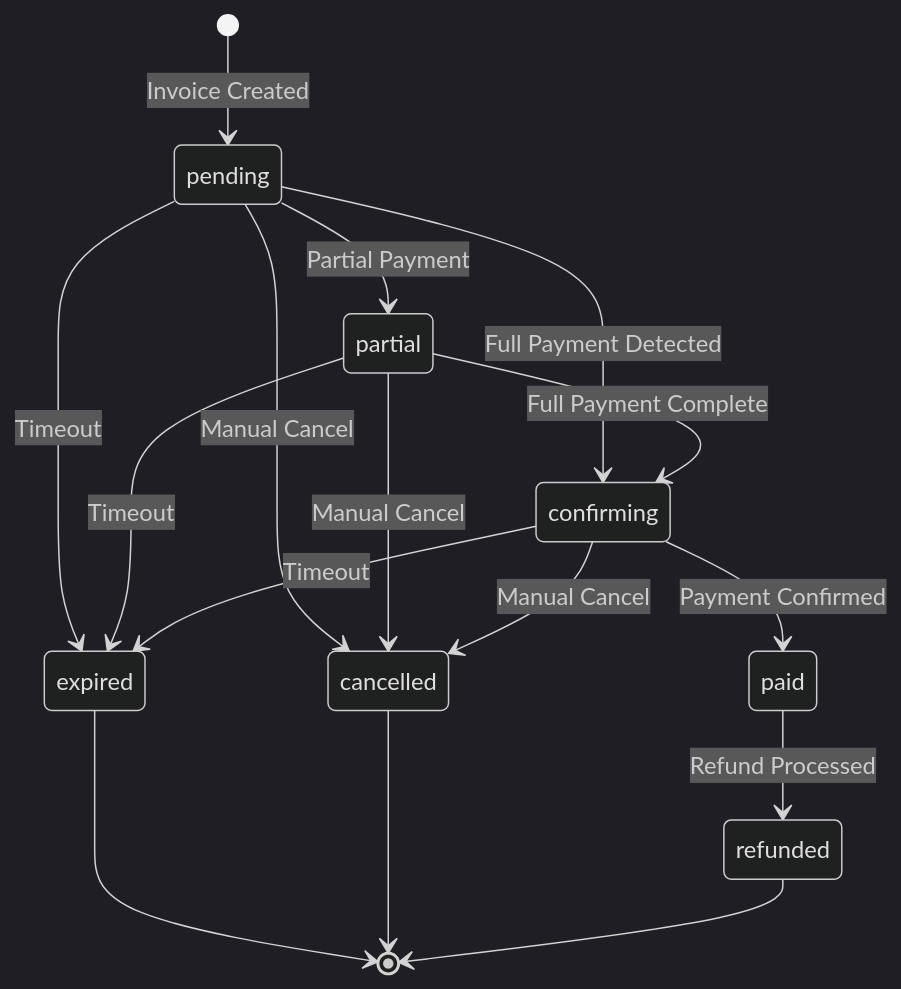
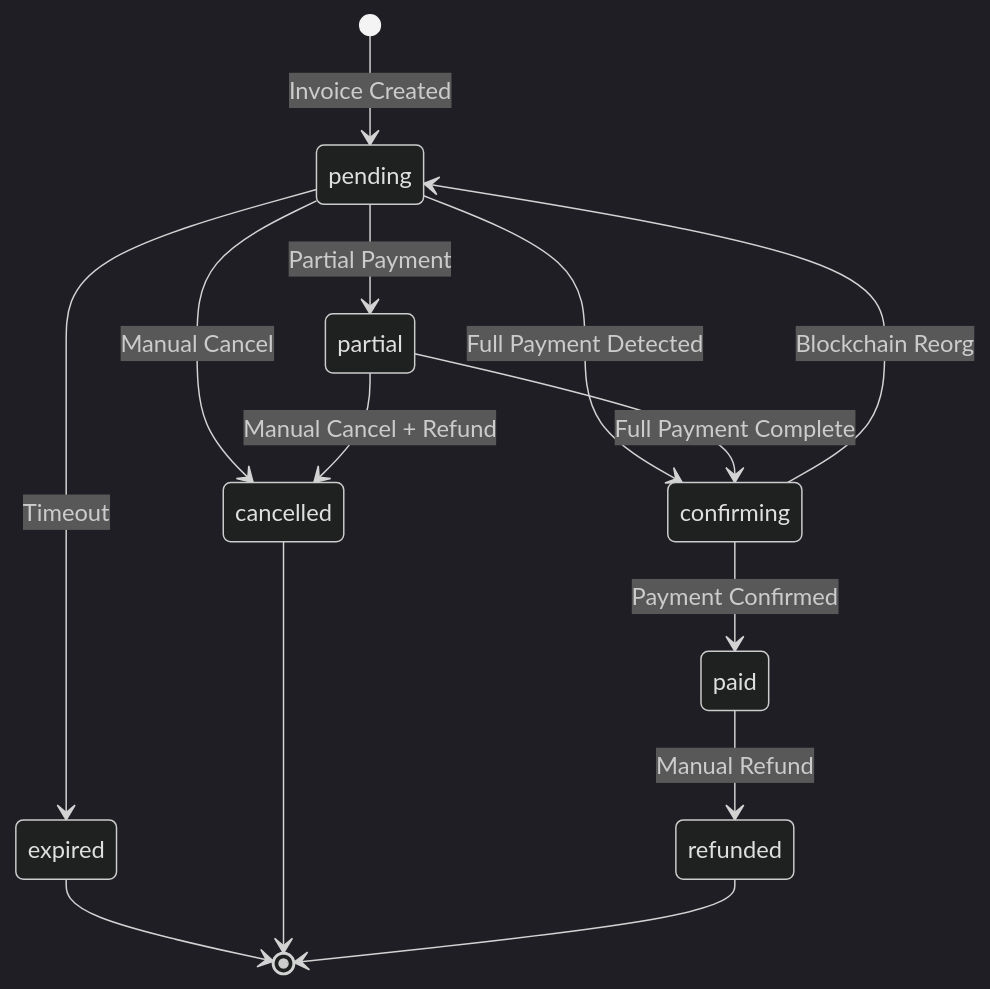
The second of 5 diagrams in docs/DOMAIN_MODEL.md (smirnoffmg/crypto-checkout), drawn with Mermaid (dark theme) before and after one commit. The commit also changed other lines of this file and 11 other files, not shown here.

````diff
--- a/docs/DOMAIN_MODEL.md
+++ b/docs/DOMAIN_MODEL.md
@@ -187,22 +159,21 @@
 ```mermaid
 stateDiagram-v2
     [*] --> pending: Invoice Created
     
     pending --> partial: Partial Payment
-    pending --> confirming: Full Payment Detected
+    pending --> confirming: Full Payment Detected  
     pending --> expired: Timeout
     pending --> cancelled: Manual Cancel
     
     partial --> confirming: Full Payment Complete
-    partial --> expired: Timeout
-    partial --> cancelled: Manual Cancel
+    partial --> cancelled: Manual Cancel + Refund
     
     confirming --> paid: Payment Confirmed
-    confirming --> expired: Timeout
-    confirming --> cancelled: Manual Cancel
+    confirming --> pending: Blockchain Reorg
     
-    paid --> refunded: Refund Processed
+    paid --> refunded: Manual Refund
+    
     expired --> [*]
     cancelled --> [*]
     refunded --> [*]
 ```
````
